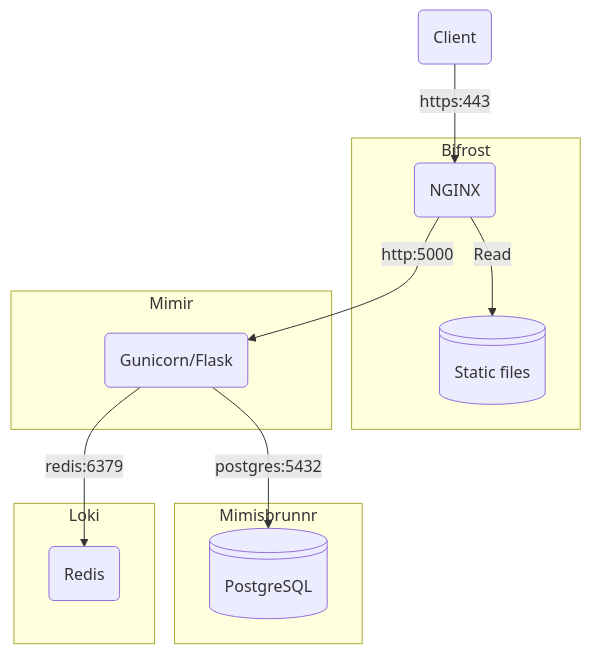
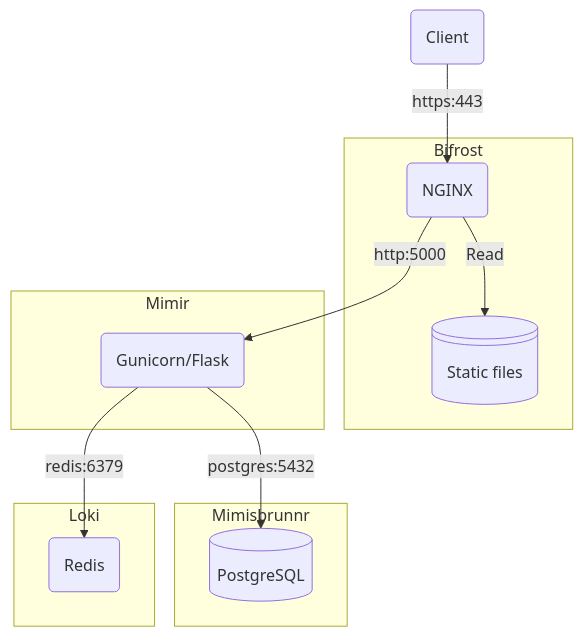
The second of 2 diagrams in README.md (matthew-shaw/conflux), drawn with Mermaid before and after one commit. The commit also changed other lines of this file, not shown here.

Commit message:
diagram tweaks

````diff
--- a/README.md
+++ b/README.md
@@ -89,28 +92,28 @@
 ```mermaid
 flowchart TB
     redis(Redis)
     client(Client)
     nginx(NGINX)
     flask(Gunicorn/Flask)
     static@{ shape: lin-cyl, label: "Static files" }
-    db@{ shape: lin-cyl, label: "PostgreSQL" }
+    db@{ shape: cyl, label: "PostgreSQL" }
 
     client -- https:443 --> nginx -- http:5000 --> flask -- postgres:5432 --> db
     flask -- redis:6379 --> redis
 
     subgraph Bifrost
         nginx -- Read --> static
     end
 
     subgraph Mimir
         flask
     end
 
     subgraph Mimisbrunnr
         db
     end
 
     subgraph Loki
         redis
     end
 ```
````
